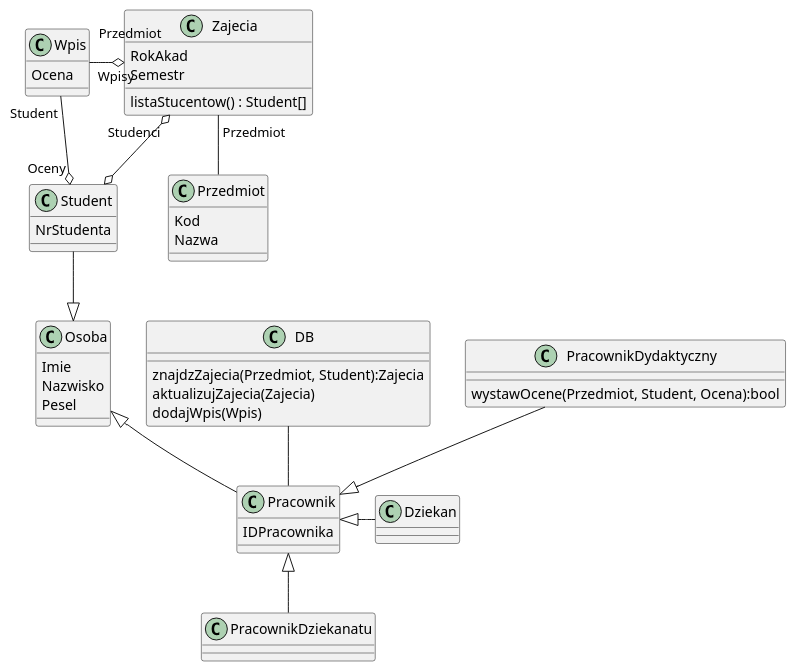
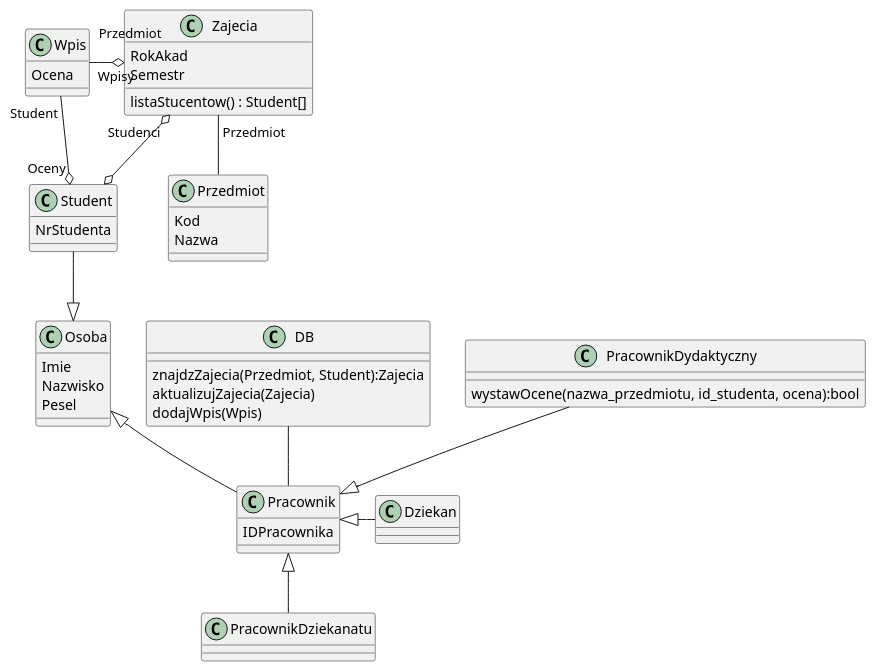
The diagram in Dzienne/usos_class-diagram.plantuml (kpodlaski/Modelowanie_UML_2023), drawn with PlantUML before and after one commit.

Commit message:
parametry metody w PracDyd

```diff
--- a/Dzienne/usos_class-diagram.plantuml
+++ b/Dzienne/usos_class-diagram.plantuml
@@ -1,59 +1,59 @@
 @startuml
 
 class DB{
     znajdzZajecia(Przedmiot, Student):Zajecia
     aktualizujZajecia(Zajecia)
     dodajWpis(Wpis)
 }
 
 class Osoba{
     Imie 
     Nazwisko
     Pesel
 }
 class Student{
     NrStudenta
 }
 class Pracownik{
     IDPracownika
 }
 class PracownikDydaktyczny{
-    wystawOcene(Przedmiot, Student, Ocena):bool
+    wystawOcene(nazwa_przedmiotu, id_studenta, ocena):bool
 }
 class PracownikDziekanatu 
 class Dziekan 
 
 class Zajecia{
     RokAkad
     Semestr
     'Zastąpione linią
     'Przedmiot : Przedmiot
     listaStucentow() : Student[]
 }
 
 class Przedmiot{
     Kod
     Nazwa
 }
 
 class Wpis{
     Ocena
 }
 
 Student --|> Osoba 
 Osoba <|-- Pracownik
 PracownikDziekanatu -up-|> Pracownik
 PracownikDydaktyczny --|> Pracownik
 Dziekan -left-|> Pracownik
 Pracownik -up- DB
 
 Wpis "Student" --o "Oceny" Student
 Zajecia "Przedmiot" -- Przedmiot
 Zajecia "Wpisy" o--left-- "Przedmiot" Wpis
 
 'Powiązanie jest w relacji bazodanowej natomiast nie jest reprezentowane w klasach
 'Zajecia "Prowadzacy" --o PracownikDydaktyczny
 Zajecia "Studenci" o--o Student
 
 
 @enduml
```
